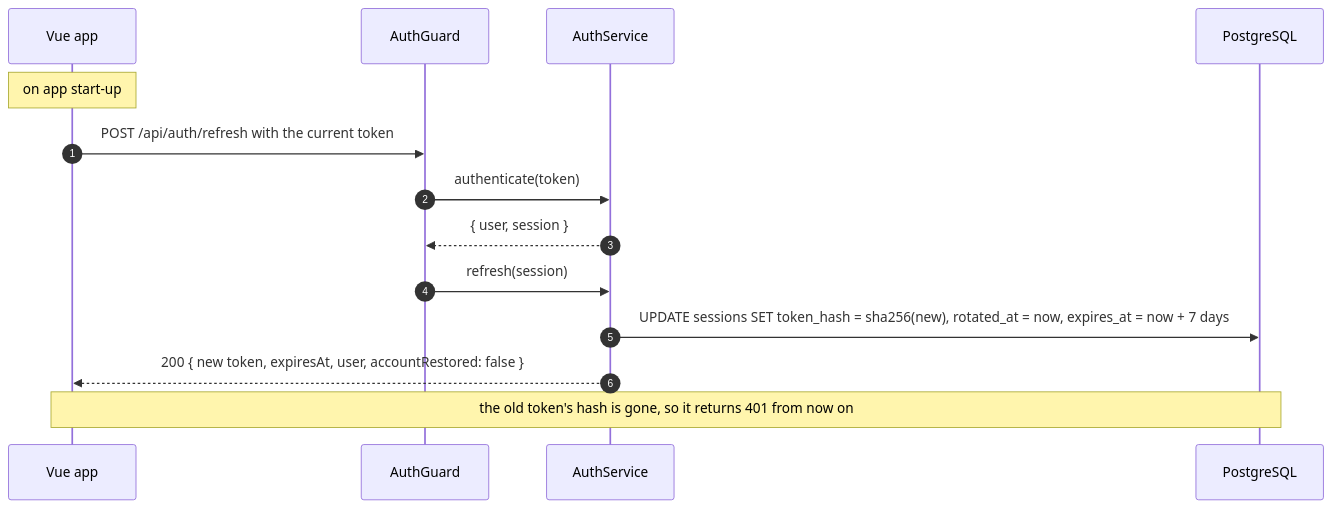
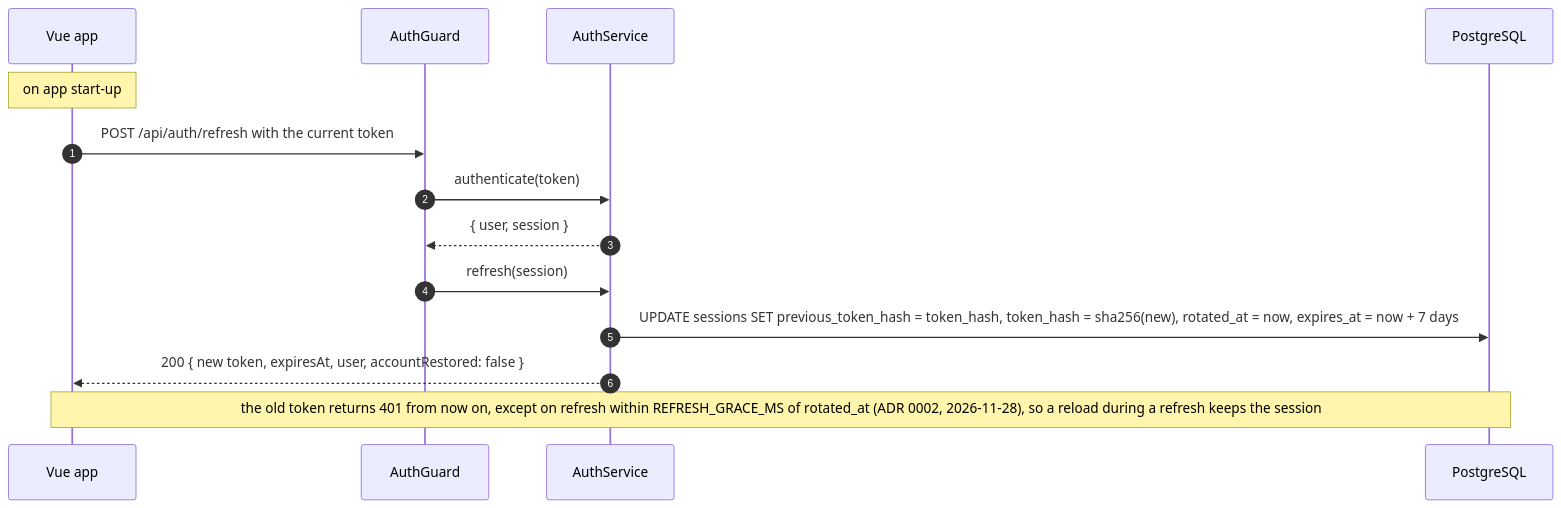
One commit to LLaammTTeerr/omnicourses changed the fourth of 5 diagrams in docs/analysis-and-design/sequence-diagrams/UC-01-sign-up-and-onboard.md. Above: the diagram before and after it, drawn with Mermaid. The commit also changed 15 other files, not shown here.

First line of the commit message:
fix(auth): keep the session when a reload cuts a refresh short

````diff
--- a/docs/analysis-and-design/sequence-diagrams/UC-01-sign-up-and-onboard.md
+++ b/docs/analysis-and-design/sequence-diagrams/UC-01-sign-up-and-onboard.md
@@ -118,17 +118,17 @@
 ```mermaid
 sequenceDiagram
     autonumber
     participant SPA as Vue app
     participant Guard as AuthGuard
     participant Auth as AuthService
     participant DB as PostgreSQL
 
     Note over SPA: on app start-up
     SPA->>Guard: POST /api/auth/refresh with the current token
     Guard->>Auth: authenticate(token)
     Auth-->>Guard: { user, session }
     Guard->>Auth: refresh(session)
-    Auth->>DB: UPDATE sessions SET token_hash = sha256(new), rotated_at = now, expires_at = now + 7 days
+    Auth->>DB: UPDATE sessions SET previous_token_hash = token_hash, token_hash = sha256(new), rotated_at = now, expires_at = now + 7 days
     Auth-->>SPA: 200 { new token, expiresAt, user, accountRestored: false }
-    Note over SPA,DB: the old token's hash is gone, so it returns 401 from now on
+    Note over SPA,DB: the old token returns 401 from now on, except on refresh within REFRESH_GRACE_MS of rotated_at (ADR 0002, 2026-11-28), so a reload during a refresh keeps the session
 ```
````
